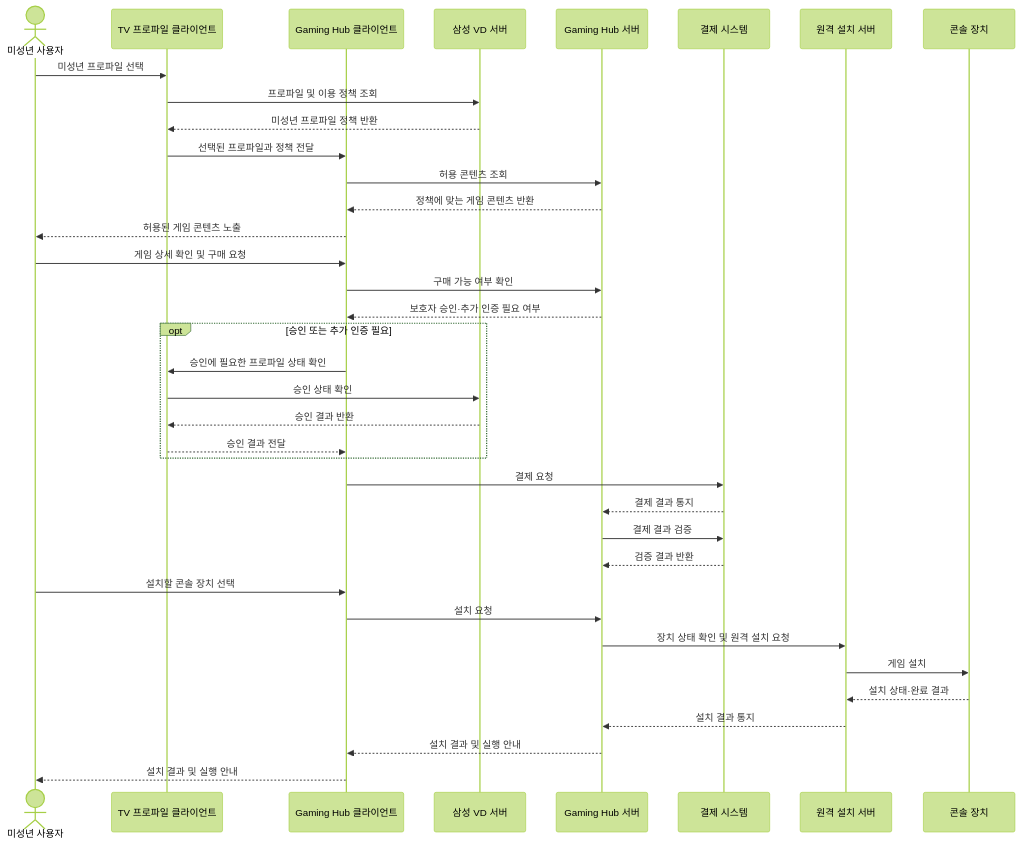
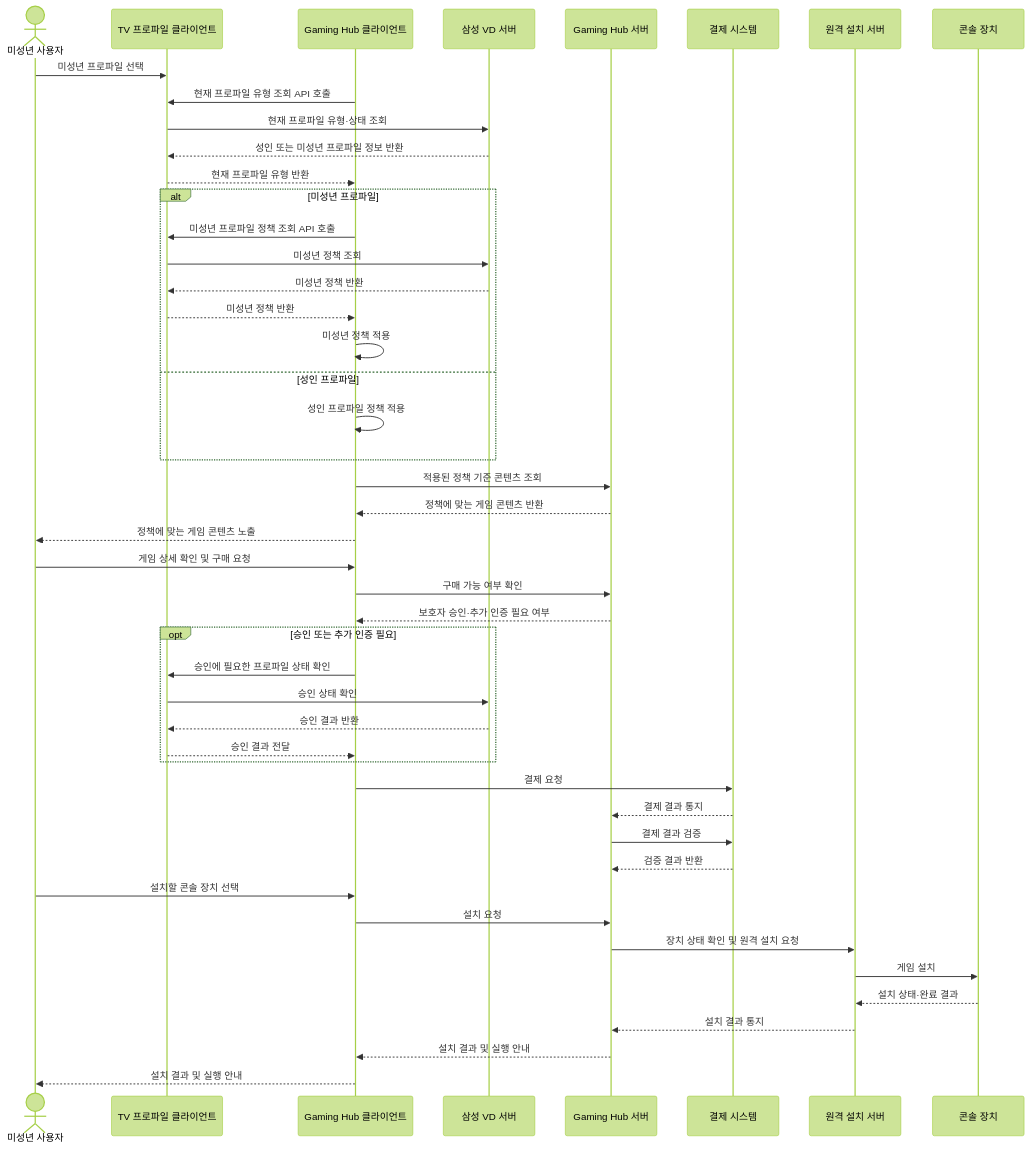
One commit to seock04/gaming-hub-console-content changed the first of 5 diagrams in docs/decision-point-2-architecture.md. Above: the diagram before and after it, drawn with Mermaid (forest theme). The commit also changed other lines of this file, not shown here.

Commit message:
Clarify active profile policy evaluation

````diff
--- a/docs/decision-point-2-architecture.md
+++ b/docs/decision-point-2-architecture.md
@@ -66,40 +68,50 @@
 ```mermaid
 sequenceDiagram
     actor User as 미성년 사용자
     participant Profile as TV 프로파일 클라이언트
     participant HubClient as Gaming Hub 클라이언트
     participant VD as 삼성 VD 서버
     participant Hub as Gaming Hub 서버
     participant Pay as 결제 시스템
     participant Install as 원격 설치 서버
     participant Console as 콘솔 장치
 
     User->>Profile: 미성년 프로파일 선택
-    Profile->>VD: 프로파일 및 이용 정책 조회
-    VD-->>Profile: 미성년 프로파일 정책 반환
-    Profile->>HubClient: 선택된 프로파일과 정책 전달
-    HubClient->>Hub: 허용 콘텐츠 조회
+    HubClient->>Profile: 현재 프로파일 유형 조회 API 호출
+    Profile->>VD: 현재 프로파일 유형·상태 조회
+    VD-->>Profile: 성인 또는 미성년 프로파일 정보 반환
+    Profile-->>HubClient: 현재 프로파일 유형 반환
+    alt 미성년 프로파일
+        HubClient->>Profile: 미성년 프로파일 정책 조회 API 호출
+        Profile->>VD: 미성년 정책 조회
+        VD-->>Profile: 미성년 정책 반환
+        Profile-->>HubClient: 미성년 정책 반환
+        HubClient->>HubClient: 미성년 정책 적용
+    else 성인 프로파일
+        HubClient->>HubClient: 성인 프로파일 정책 적용
+    end
+    HubClient->>Hub: 적용된 정책 기준 콘텐츠 조회
     Hub-->>HubClient: 정책에 맞는 게임 콘텐츠 반환
-    HubClient-->>User: 허용된 게임 콘텐츠 노출
+    HubClient-->>User: 정책에 맞는 게임 콘텐츠 노출
     User->>HubClient: 게임 상세 확인 및 구매 요청
     HubClient->>Hub: 구매 가능 여부 확인
     Hub-->>HubClient: 보호자 승인·추가 인증 필요 여부
     opt 승인 또는 추가 인증 필요
         HubClient->>Profile: 승인에 필요한 프로파일 상태 확인
         Profile->>VD: 승인 상태 확인
         VD-->>Profile: 승인 결과 반환
         Profile-->>HubClient: 승인 결과 전달
     end
     HubClient->>Pay: 결제 요청
     Pay-->>Hub: 결제 결과 통지
     Hub->>Pay: 결제 결과 검증
     Pay-->>Hub: 검증 결과 반환
     User->>HubClient: 설치할 콘솔 장치 선택
     HubClient->>Hub: 설치 요청
     Hub->>Install: 장치 상태 확인 및 원격 설치 요청
     Install->>Console: 게임 설치
     Console-->>Install: 설치 상태·완료 결과
     Install-->>Hub: 설치 결과 통지
     Hub-->>HubClient: 설치 결과 및 실행 안내
     HubClient-->>User: 설치 결과 및 실행 안내
 ```
````
